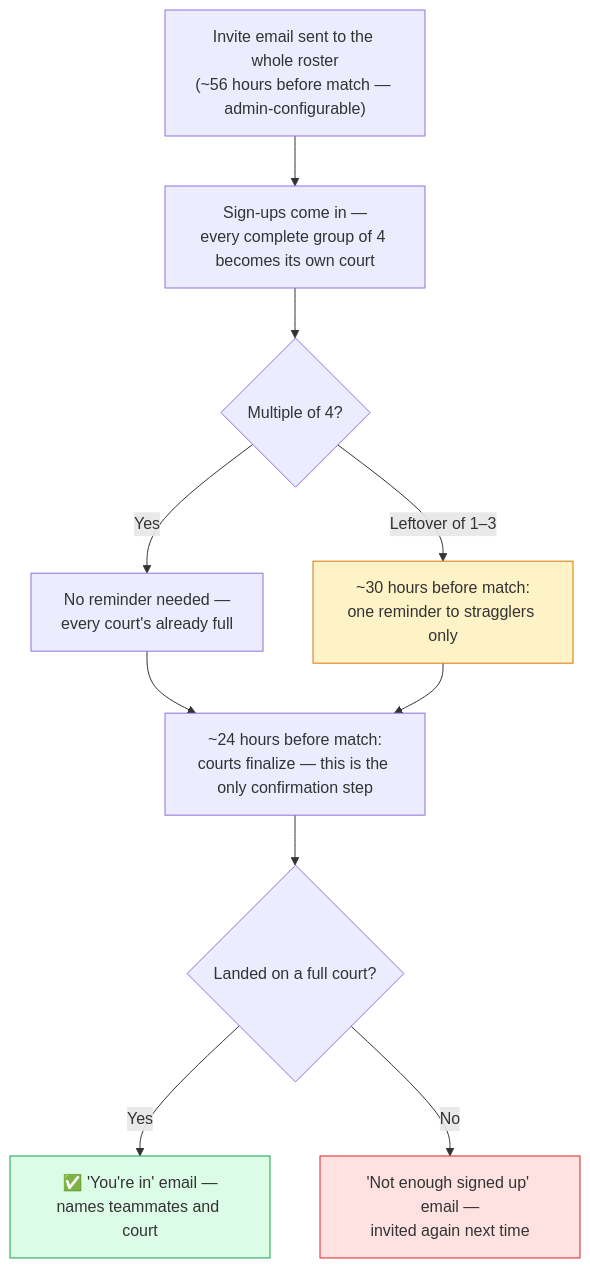
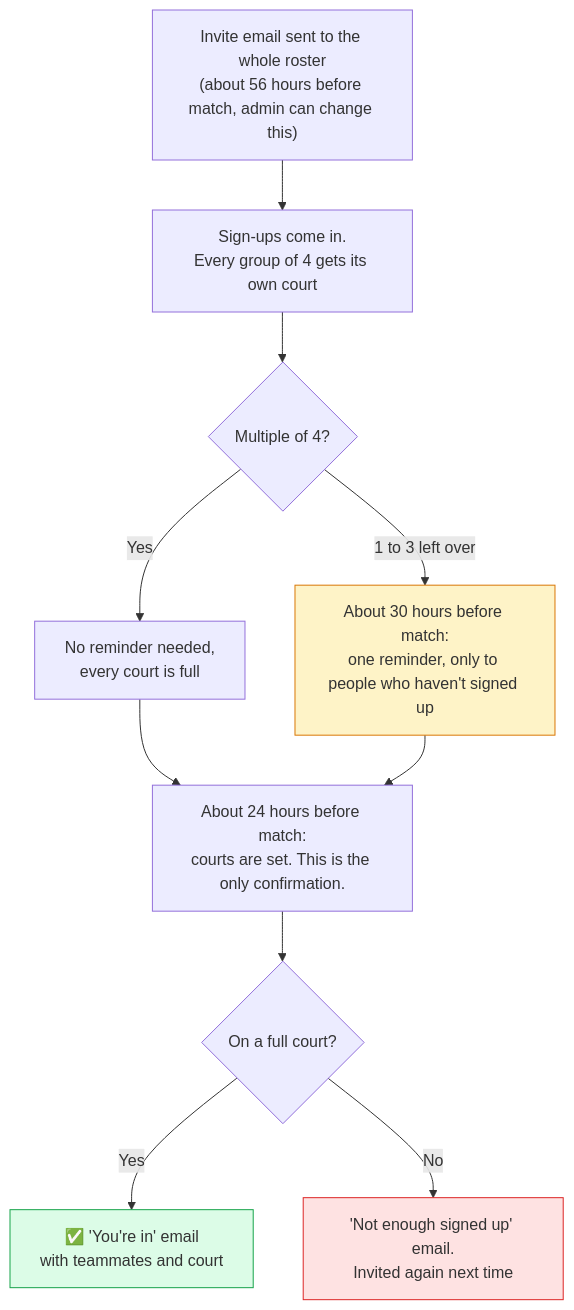
The fourth of 4 diagrams in README.md (kylekrieg/tennis-scheduler), drawn with Mermaid before and after one commit. The commit also changed other lines of this file and 2 other files, not shown here.

````diff
--- a/README.md
+++ b/README.md
@@ -210,16 +189,16 @@
 ```mermaid
 flowchart TD
-    A["Invite email sent to the whole roster<br/>(~56 hours before match — admin-configurable)"] --> B["Sign-ups come in —<br/>every complete group of 4 becomes its own court"]
+    A["Invite email sent to the whole roster<br/>(about 56 hours before match, admin can change this)"] --> B["Sign-ups come in.<br/>Every group of 4 gets its own court"]
     B --> C{"Multiple of 4?"}
-    C -->|Yes| D["No reminder needed —<br/>every court's already full"]
-    C -->|Leftover of 1–3| E["~30 hours before match:<br/>one reminder to stragglers only"]
-    D --> F["~24 hours before match:<br/>courts finalize — this is the only confirmation step"]
+    C -->|Yes| D["No reminder needed,<br/>every court is full"]
+    C -->|1 to 3 left over| E["About 30 hours before match:<br/>one reminder, only to people who haven't signed up"]
+    D --> F["About 24 hours before match:<br/>courts are set. This is the only confirmation."]
     E --> F
-    F --> G{"Landed on a full court?"}
-    G -->|Yes| H["✅ 'You're in' email —<br/>names teammates and court"]
-    G -->|No| I["'Not enough signed up' email —<br/>invited again next time"]
+    F --> G{"On a full court?"}
+    G -->|Yes| H["✅ 'You're in' email<br/>with teammates and court"]
+    G -->|No| I["'Not enough signed up' email.<br/>Invited again next time"]
 
     style H fill:#dcfce7,stroke:#16a34a
     style I fill:#fee2e2,stroke:#dc2626
     style E fill:#fef3c7,stroke:#d97706
 ```
````
